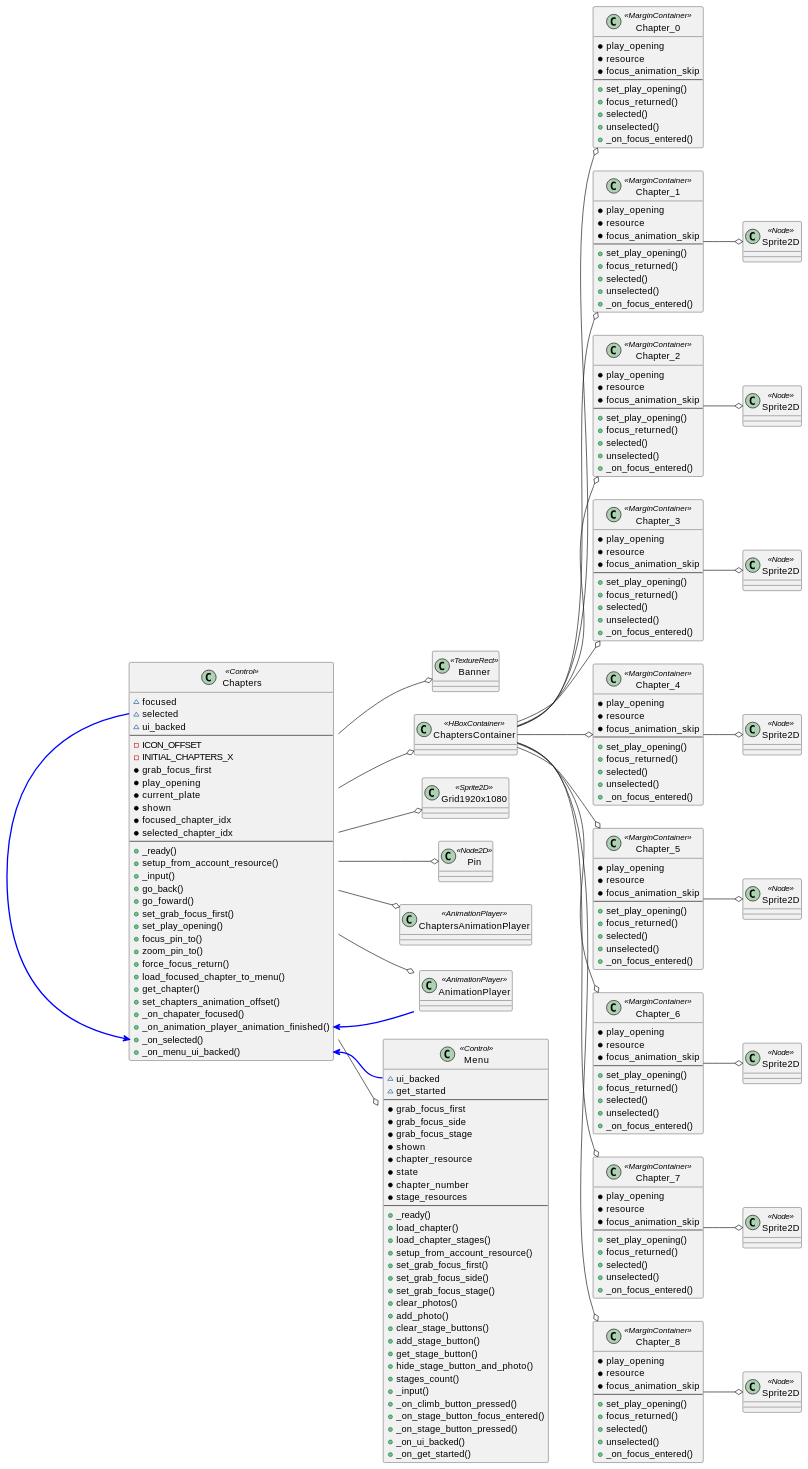
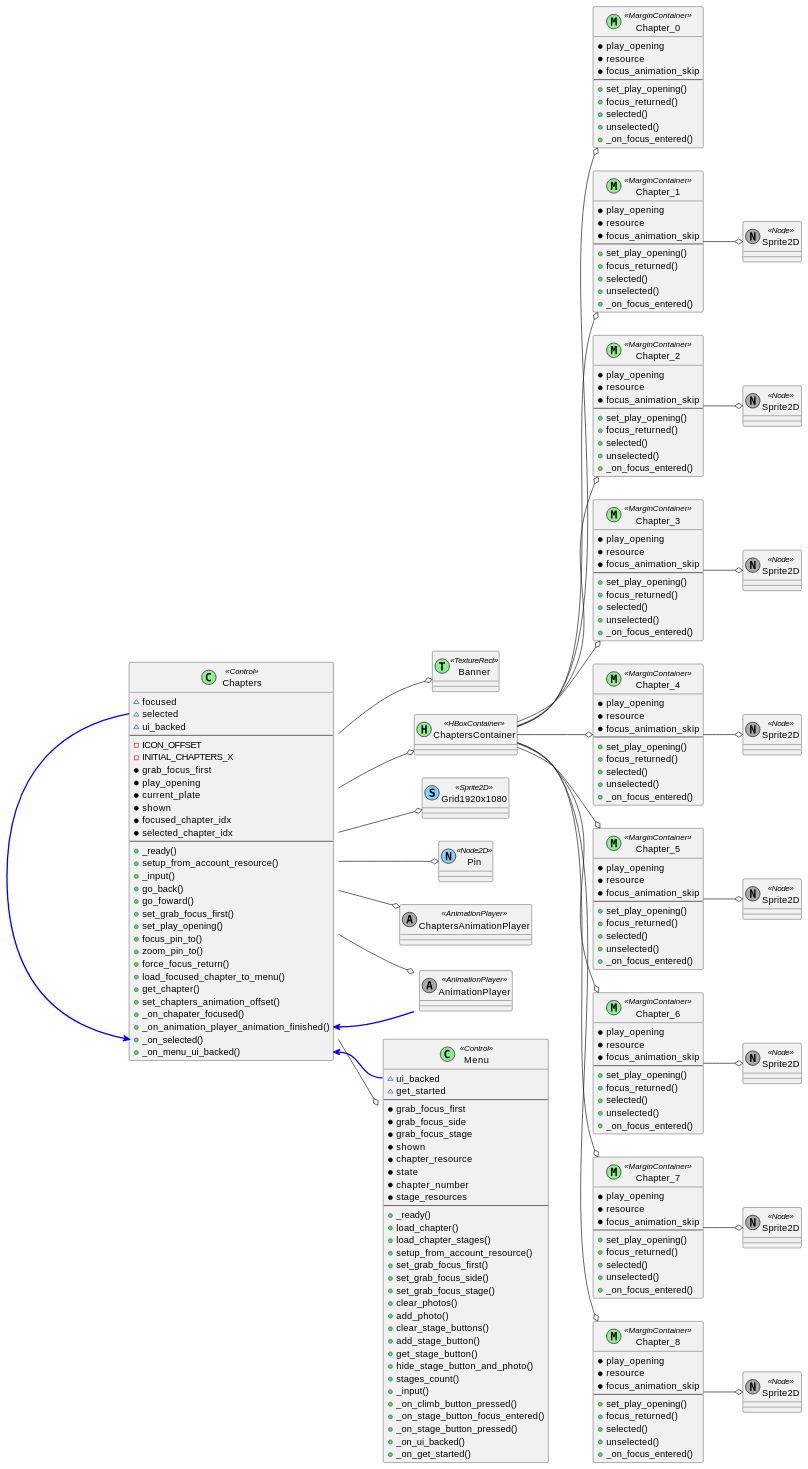
The diagram in content/scenes/src/beginning/chapters/chapters.tscn.adoc (tkmfujise/Platformer-Game-Learning), drawn with PlantUML before and after one commit. The commit also changed 69 other files, not shown here.

Commit message:
Change scene diagram class color

```diff
--- a/content/scenes/src/beginning/chapters/chapters.tscn.adoc
+++ b/content/scenes/src/beginning/chapters/chapters.tscn.adoc
@@ -9,6 +9,6 @@
 [plantuml]
 ....
-class ROOT as "Chapters" <<Control>> {
+class ROOT as "Chapters" <<(C,lightgreen) Control>> {
   ~ focused
   ~ selected
   ~ ui_backed
@@ -40,11 +40,11 @@
   + _on_selected()
   + _on_menu_ui_backed()
 }
-class Banner as "Banner" <<TextureRect>> {
+class Banner as "Banner" <<(T,lightgreen) TextureRect>> {
 }
-class ChaptersContainer as "ChaptersContainer" <<HBoxContainer>> {
+class ChaptersContainer as "ChaptersContainer" <<(H,lightgreen) HBoxContainer>> {
 }
-class ChaptersContainer_Chapter_0 as "Chapter_0" <<MarginContainer>> {
+class ChaptersContainer_Chapter_0 as "Chapter_0" <<(M,lightgreen) MarginContainer>> {
   * play_opening
   * resource
   * focus_animation_skip
@@ -55,7 +55,7 @@
   + unselected()
   + _on_focus_entered()
 }
-class ChaptersContainer_Chapter_1 as "Chapter_1" <<MarginContainer>> {
+class ChaptersContainer_Chapter_1 as "Chapter_1" <<(M,lightgreen) MarginContainer>> {
   * play_opening
   * resource
   * focus_animation_skip
@@ -66,9 +66,9 @@
   + unselected()
   + _on_focus_entered()
 }
-class ChaptersContainer_Chapter_1_Sprite2D as "Sprite2D" <<Node>> {
+class ChaptersContainer_Chapter_1_Sprite2D as "Sprite2D" <<(N,darkgray) Node>> {
 }
-class ChaptersContainer_Chapter_2 as "Chapter_2" <<MarginContainer>> {
+class ChaptersContainer_Chapter_2 as "Chapter_2" <<(M,lightgreen) MarginContainer>> {
   * play_opening
   * resource
   * focus_animation_skip
@@ -79,9 +79,9 @@
   + unselected()
   + _on_focus_entered()
 }
-class ChaptersContainer_Chapter_2_Sprite2D as "Sprite2D" <<Node>> {
+class ChaptersContainer_Chapter_2_Sprite2D as "Sprite2D" <<(N,darkgray) Node>> {
 }
-class ChaptersContainer_Chapter_3 as "Chapter_3" <<MarginContainer>> {
+class ChaptersContainer_Chapter_3 as "Chapter_3" <<(M,lightgreen) MarginContainer>> {
   * play_opening
   * resource
   * focus_animation_skip
@@ -92,9 +92,9 @@
   + unselected()
   + _on_focus_entered()
 }
-class ChaptersContainer_Chapter_3_Sprite2D as "Sprite2D" <<Node>> {
+class ChaptersContainer_Chapter_3_Sprite2D as "Sprite2D" <<(N,darkgray) Node>> {
 }
-class ChaptersContainer_Chapter_4 as "Chapter_4" <<MarginContainer>> {
+class ChaptersContainer_Chapter_4 as "Chapter_4" <<(M,lightgreen) MarginContainer>> {
   * play_opening
   * resource
   * focus_animation_skip
@@ -105,9 +105,9 @@
   + unselected()
   + _on_focus_entered()
 }
-class ChaptersContainer_Chapter_4_Sprite2D as "Sprite2D" <<Node>> {
+class ChaptersContainer_Chapter_4_Sprite2D as "Sprite2D" <<(N,darkgray) Node>> {
 }
-class ChaptersContainer_Chapter_5 as "Chapter_5" <<MarginContainer>> {
+class ChaptersContainer_Chapter_5 as "Chapter_5" <<(M,lightgreen) MarginContainer>> {
   * play_opening
   * resource
   * focus_animation_skip
@@ -118,9 +118,9 @@
   + unselected()
   + _on_focus_entered()
 }
-class ChaptersContainer_Chapter_5_Sprite2D as "Sprite2D" <<Node>> {
+class ChaptersContainer_Chapter_5_Sprite2D as "Sprite2D" <<(N,darkgray) Node>> {
 }
-class ChaptersContainer_Chapter_6 as "Chapter_6" <<MarginContainer>> {
+class ChaptersContainer_Chapter_6 as "Chapter_6" <<(M,lightgreen) MarginContainer>> {
   * play_opening
   * resource
   * focus_animation_skip
@@ -131,9 +131,9 @@
   + unselected()
   + _on_focus_entered()
 }
-class ChaptersContainer_Chapter_6_Sprite2D as "Sprite2D" <<Node>> {
+class ChaptersContainer_Chapter_6_Sprite2D as "Sprite2D" <<(N,darkgray) Node>> {
 }
-class ChaptersContainer_Chapter_7 as "Chapter_7" <<MarginContainer>> {
+class ChaptersContainer_Chapter_7 as "Chapter_7" <<(M,lightgreen) MarginContainer>> {
   * play_opening
   * resource
   * focus_animation_skip
@@ -144,9 +144,9 @@
   + unselected()
   + _on_focus_entered()
 }
-class ChaptersContainer_Chapter_7_Sprite2D as "Sprite2D" <<Node>> {
+class ChaptersContainer_Chapter_7_Sprite2D as "Sprite2D" <<(N,darkgray) Node>> {
 }
-class ChaptersContainer_Chapter_8 as "Chapter_8" <<MarginContainer>> {
+class ChaptersContainer_Chapter_8 as "Chapter_8" <<(M,lightgreen) MarginContainer>> {
   * play_opening
   * resource
   * focus_animation_skip
@@ -157,13 +157,13 @@
   + unselected()
   + _on_focus_entered()
 }
-class ChaptersContainer_Chapter_8_Sprite2D as "Sprite2D" <<Node>> {
+class ChaptersContainer_Chapter_8_Sprite2D as "Sprite2D" <<(N,darkgray) Node>> {
 }
-class Grid1920x1080 as "Grid1920x1080" <<Sprite2D>> {
+class Grid1920x1080 as "Grid1920x1080" <<(S,lightskyblue) Sprite2D>> {
 }
-class Pin as "Pin" <<Node2D>> {
+class Pin as "Pin" <<(N,lightskyblue) Node2D>> {
 }
-class Menu as "Menu" <<Control>> {
+class Menu as "Menu" <<(C,lightgreen) Control>> {
   ~ ui_backed
   ~ get_started
 ---
@@ -197,9 +197,9 @@
   + _on_ui_backed()
   + _on_get_started()
 }
-class ChaptersAnimationPlayer as "ChaptersAnimationPlayer" <<AnimationPlayer>> {
+class ChaptersAnimationPlayer as "ChaptersAnimationPlayer" <<(A,darkgray) AnimationPlayer>> {
 }
-class AnimationPlayer as "AnimationPlayer" <<AnimationPlayer>> {
+class AnimationPlayer as "AnimationPlayer" <<(A,darkgray) AnimationPlayer>> {
 }
 ROOT --o Banner
 ROOT --o ChaptersContainer
```
